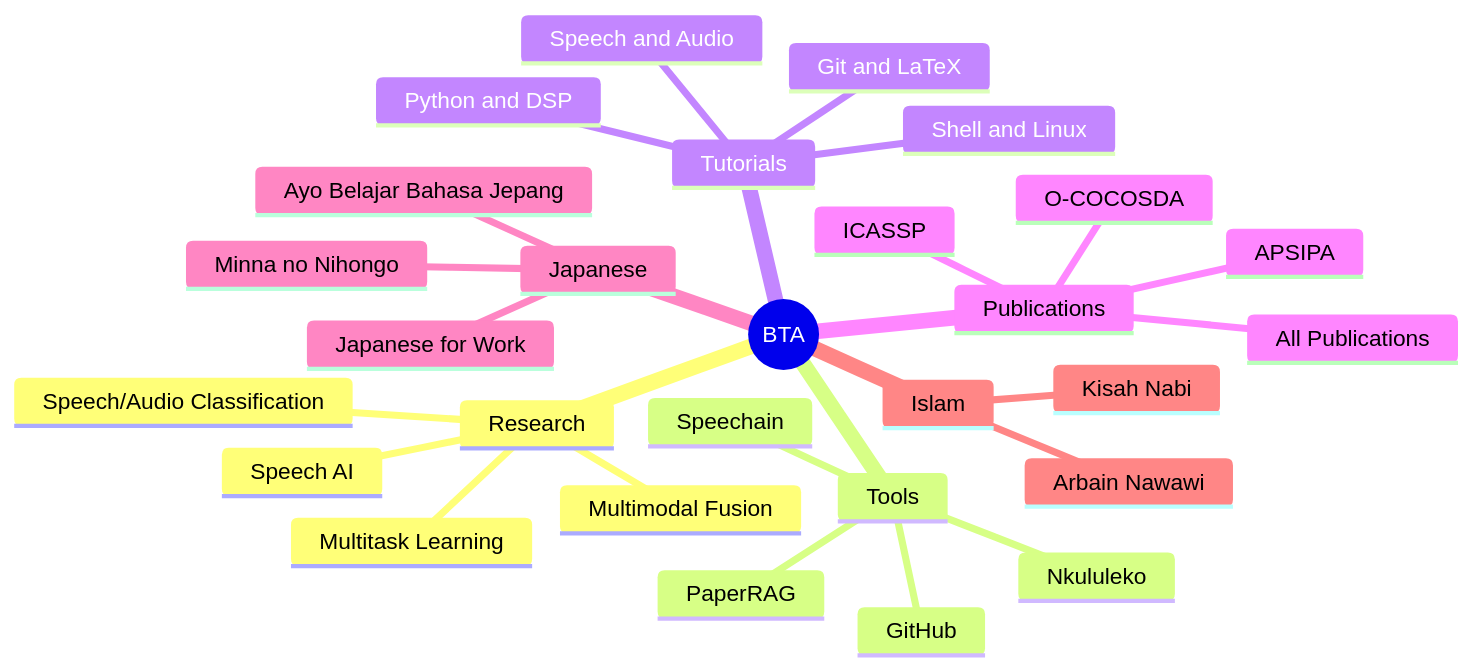
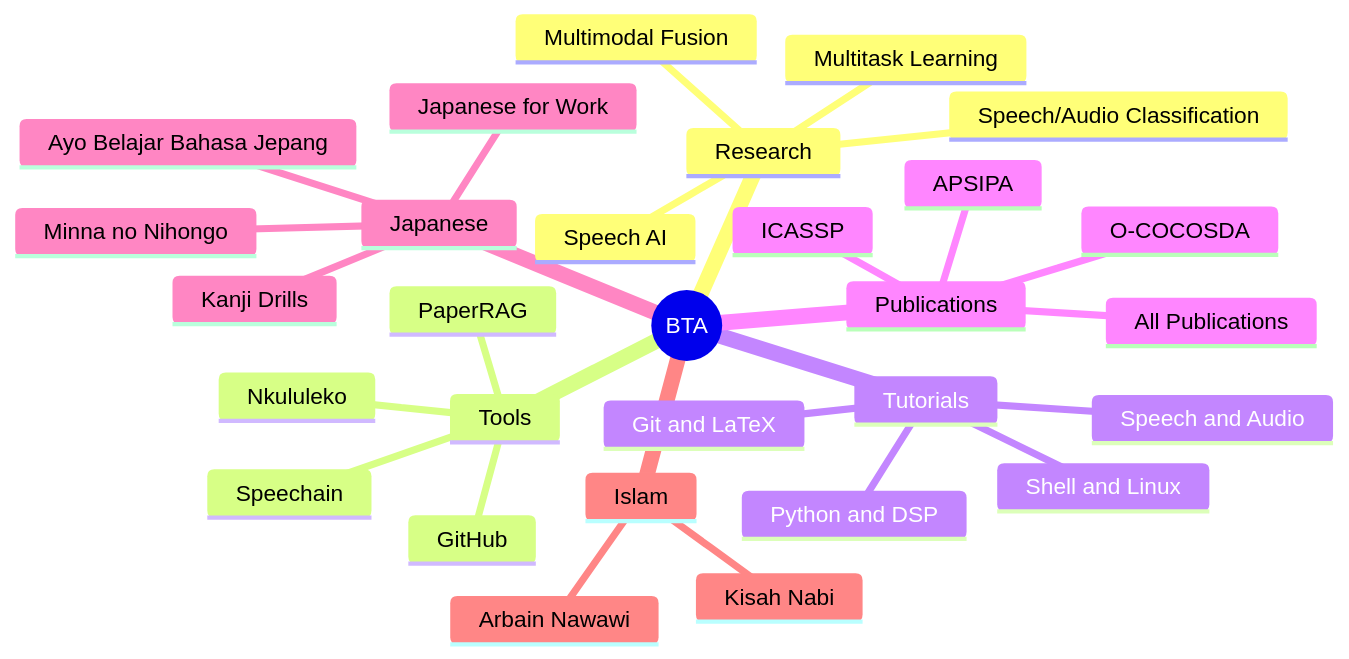
The diagram in _pages/about.md (bagustris/bagustris.github.io), drawn with Mermaid before and after one commit. The commit also changed other lines of this file and 2 other files, not shown here.

Commit message:
update: talks

```diff
--- a/_pages/about.md
+++ b/_pages/about.md
@@ -16,31 +16,32 @@
 <pre class="mermaid">
 mindmap
   root((BTA))
     Research
       Speech AI
       Multimodal Fusion
       Multitask Learning
       Speech/Audio Classification  
     Tools
       Nkululeko
       Speechain
       PaperRAG
       GitHub
     Tutorials
       Shell and Linux
       Python and DSP
       Speech and Audio
       Git and LaTeX
     Publications
       ICASSP
       O-COCOSDA  
       APSIPA
       All Publications
     Japanese
       Ayo Belajar Bahasa Jepang
       Minna no Nihongo
       Japanese for Work
+      Kanji Drills
     Islam
       Kisah Nabi 
       Arbain Nawawi
 </pre>
```
